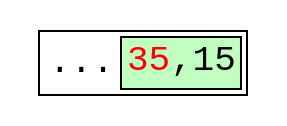
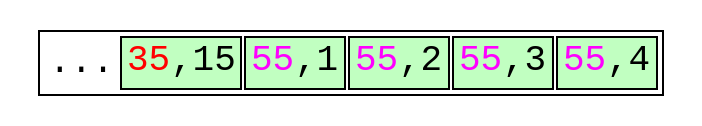
The diagram in optimized-left-leaf-page-split.dot (petergeoghegan/pg_query_internals), drawn with Graphviz before and after one commit. The commit also changed 1 other file, not shown here.

```diff
--- a/optimized-left-leaf-page-split.dot
+++ b/optimized-left-leaf-page-split.dot
@@ -1,26 +1,30 @@
 // Example B-Tree graph
 //
 // Breadth-first order
 //
 // Start from root, go left to right
 //
 // Workflow:
 //
 // $ dot -T svg btree.dot -o btree.svg;
 
 digraph nbtree {
 graph [fontname = "monospace"];
 node [shape = none,height=.1,fontname = "monospace",fontsize=18];
 // Level 0 (leaf level)
 leafnode_1[ label=<<table>
                     <tr>
                         <td border="0" bgcolor='white' port="t0">...</td>
                         <td bgcolor='darkseagreen1' port="t1"><font color="red">35</font>,15</td>
+                        <td bgcolor='darkseagreen1' port="t2"><font color="magenta">55</font>,1</td>
+                        <td bgcolor='darkseagreen1' port="t3"><font color="magenta">55</font>,2</td>
+                        <td bgcolor='darkseagreen1' port="t4"><font color="magenta">55</font>,3</td>
+                        <td bgcolor='darkseagreen1' port="t5"><font color="magenta">55</font>,4</td>
                     </tr>
                 </table>
                >
         ];
 //Force alignment from root to internal to leaf levels:
 //edge[style=invis];
 //"rootnode":d1 -> "leafnode_2":t2
 }
```
